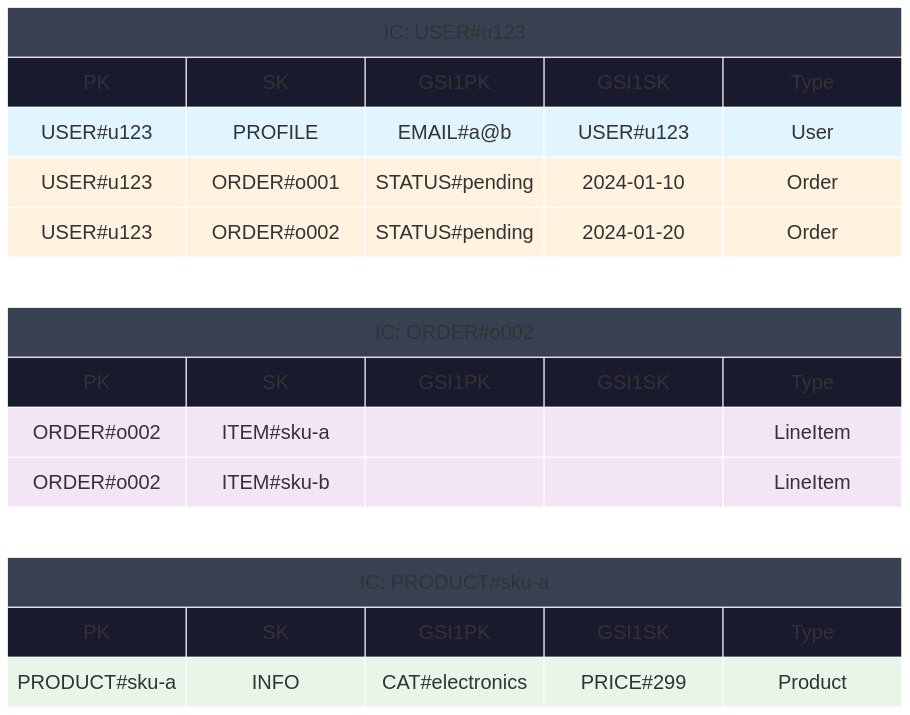
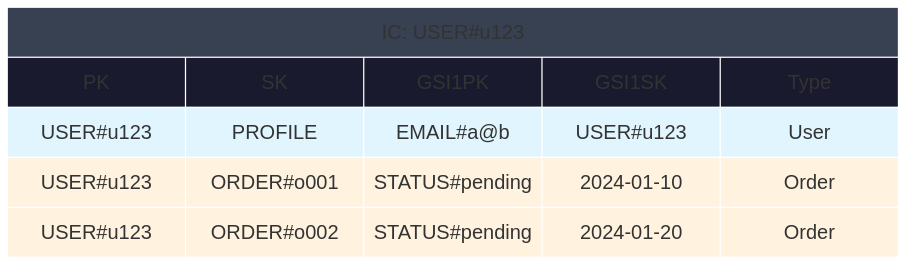
Before and after one commit to zeroae/.claude: the second of 4 diagrams in plugins/dynamodb/skills/design/references/table-layout-options.md, drawn with Mermaid. The commit also changed other lines of this file and 1 other file, not shown here.

````diff
--- a/plugins/dynamodb/skills/design/references/table-layout-options.md
+++ b/plugins/dynamodb/skills/design/references/table-layout-options.md
@@ -112,38 +91,21 @@
 ```mermaid
 %%{init: {"block": {"padding": 8}} }%%
 block-beta
     columns 5
 
     IC1["IC: USER#u123"]:5
     H1["PK"] H2["SK"] H3["GSI1PK"] H4["GSI1SK"] H5["Type"]
     a1["USER#u123"] a2["PROFILE"] a3["EMAIL#a@b"] a4["USER#u123"] a5["User"]
     b1["USER#u123"] b2["ORDER#o001"] b3["STATUS#pending"] b4["2024-01-10"] b5["Order"]
     c1["USER#u123"] c2["ORDER#o002"] c3["STATUS#pending"] c4["2024-01-20"] c5["Order"]
 
-    space:5
-
-    IC2["IC: ORDER#o002"]:5
-    H6["PK"] H7["SK"] H8["GSI1PK"] H9["GSI1SK"] H10["Type"]
-    d1["ORDER#o002"] d2["ITEM#sku-a"] d3[" "] d4[" "] d5["LineItem"]
-    e1["ORDER#o002"] e2["ITEM#sku-b"] e3[" "] e4[" "] e5["LineItem"]
-
-    space:5
-
-    IC3["IC: PRODUCT#sku-a"]:5
-    H11["PK"] H12["SK"] H13["GSI1PK"] H14["GSI1SK"] H15["Type"]
-    f1["PRODUCT#sku-a"] f2["INFO"] f3["CAT#electronics"] f4["PRICE#299"] f5["Product"]
-
     classDef title fill:#374151,color:#fff,stroke:#374151,stroke-width:7px
     classDef header fill:#1a1a2e,color:#fff,stroke:#1a1a2e,stroke-width:7px
     classDef user fill:#e1f5fe,stroke:#e1f5fe,stroke-width:7px
     classDef order fill:#fff3e0,stroke:#fff3e0,stroke-width:7px
-    classDef lineitem fill:#f3e5f5,stroke:#f3e5f5,stroke-width:7px
-    classDef product fill:#e8f5e9,stroke:#e8f5e9,stroke-width:7px
 
-    class IC1,IC2,IC3 title
-    class H1,H2,H3,H4,H5,H6,H7,H8,H9,H10,H11,H12,H13,H14,H15 header
+    class IC1 title
+    class H1,H2,H3,H4,H5 header
     class a1,a2,a3,a4,a5 user
     class b1,b2,b3,b4,b5,c1,c2,c3,c4,c5 order
-    class d1,d2,d3,d4,d5,e1,e2,e3,e4,e5 lineitem
-    class f1,f2,f3,f4,f5 product
 ```
````
